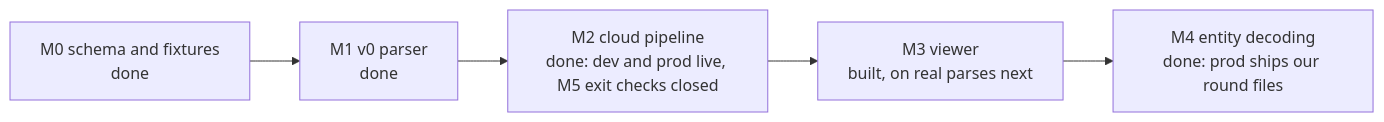
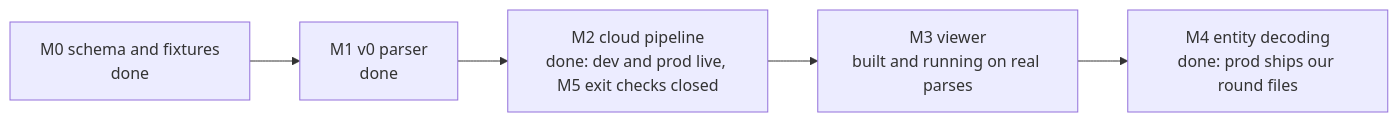
One commit to ChiemekaKalu/demoView changed the second of 2 diagrams in .claude/wiki/README.md. Above: the diagram before and after it, drawn with Mermaid. The commit also changed other lines of this file and 2 other files, not shown here.

````diff
--- a/.claude/wiki/README.md
+++ b/.claude/wiki/README.md
@@ -61,7 +62,7 @@
 ```mermaid
 flowchart LR
     M0[M0 schema and fixtures<br/>done] --> M1[M1 v0 parser<br/>done]
     M1 --> M2[M2 cloud pipeline<br/>done: dev and prod live, M5 exit checks closed]
-    M2 --> M3[M3 viewer<br/>built, on real parses next]
+    M2 --> M3[M3 viewer<br/>built and running on real parses]
     M3 --> M4[M4 entity decoding<br/>done: prod ships our round files]
 ```
````
